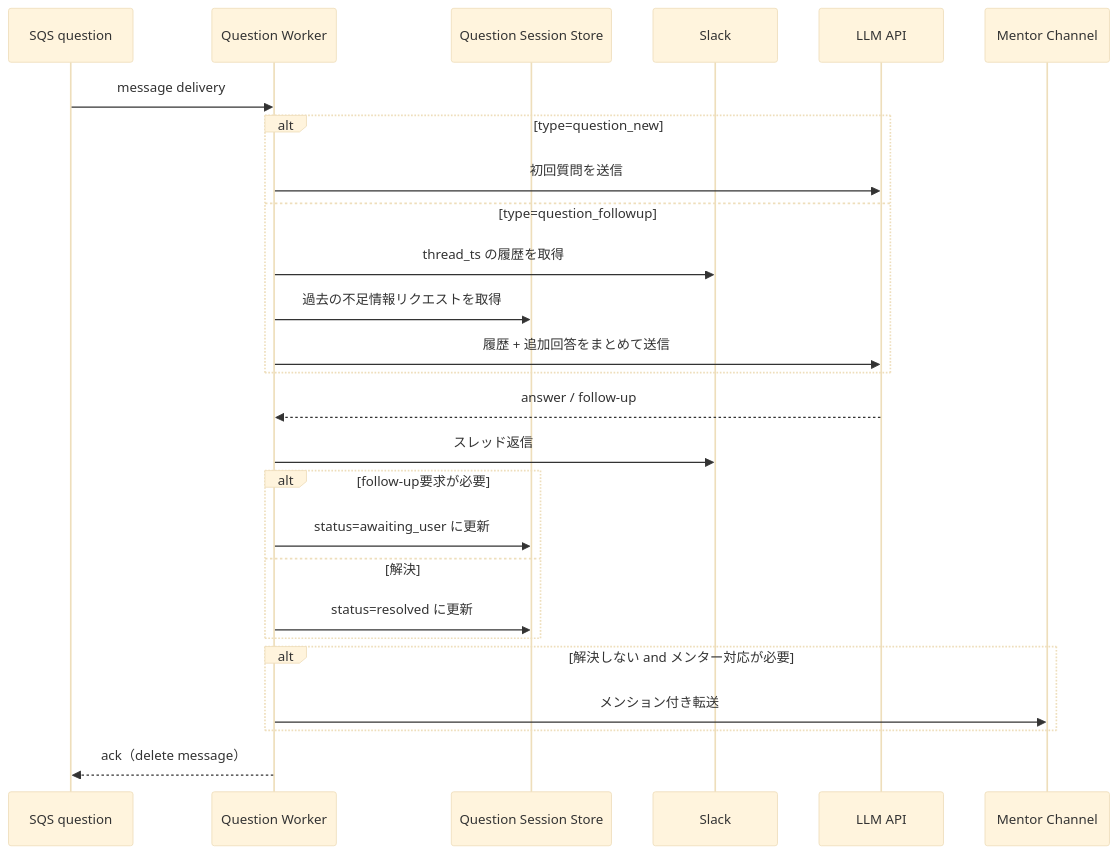
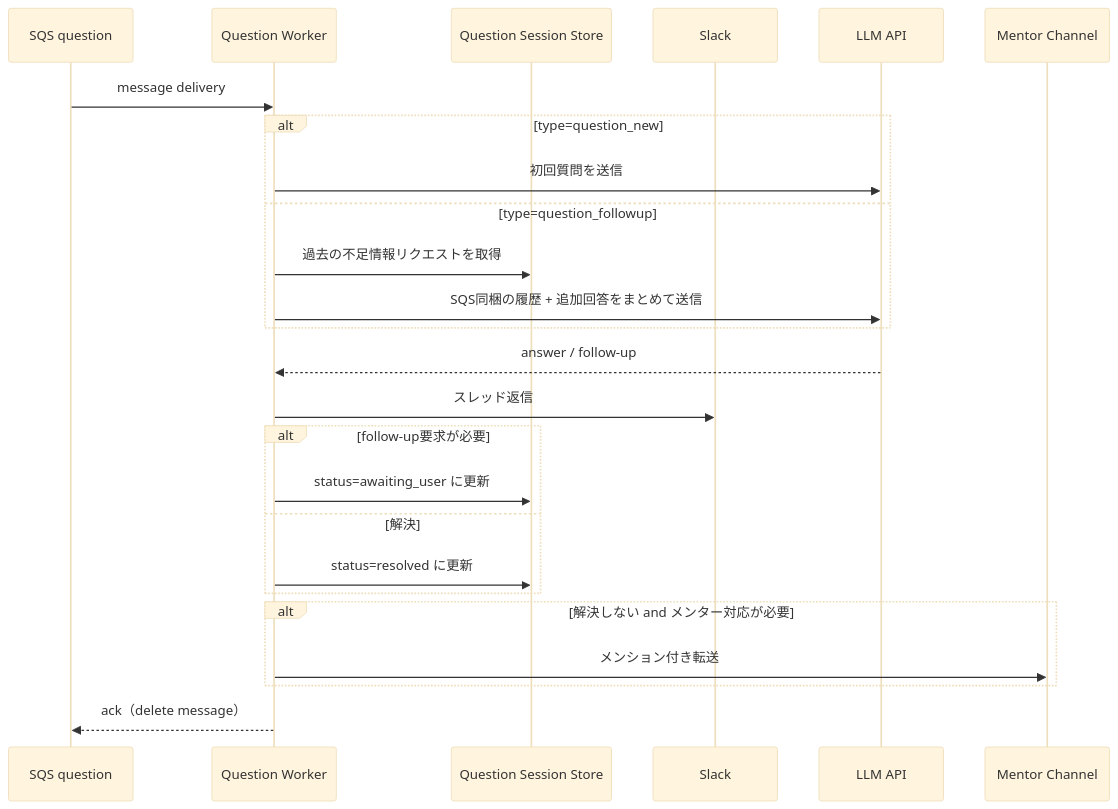
Before and after one commit to Asheze1127/progress-checker: the sixth of 10 diagrams in docs/details/process-flow.md, drawn with Mermaid (base theme). The commit also changed other lines of this file, not shown here.

Commit message:
update process flow

````diff
--- a/docs/details/process-flow.md
+++ b/docs/details/process-flow.md
@@ -139,34 +143,33 @@
 ```mermaid
 sequenceDiagram
     participant SQSQ as SQS question
     participant W as Question Worker
     participant QSS as Question Session Store
     participant Slack as Slack
     participant LLM as LLM API
     participant Mentor as Mentor Channel
 
     SQSQ->>W: message delivery
 
     alt type=question_new
         W->>LLM: 初回質問を送信
     else type=question_followup
-        W->>Slack: thread_ts の履歴を取得
         W->>QSS: 過去の不足情報リクエストを取得
-        W->>LLM: 履歴 + 追加回答をまとめて送信
+        W->>LLM: SQS同梱の履歴 + 追加回答をまとめて送信
     end
 
     LLM-->>W: answer / follow-up
     W->>Slack: スレッド返信
 
     alt follow-up要求が必要
         W->>QSS: status=awaiting_user に更新
     else 解決
         W->>QSS: status=resolved に更新
     end
 
     alt 解決しない and メンター対応が必要
         W->>Mentor: メンション付き転送
     end
 
     W-->>SQSQ: ack（delete message）
 ```
````
